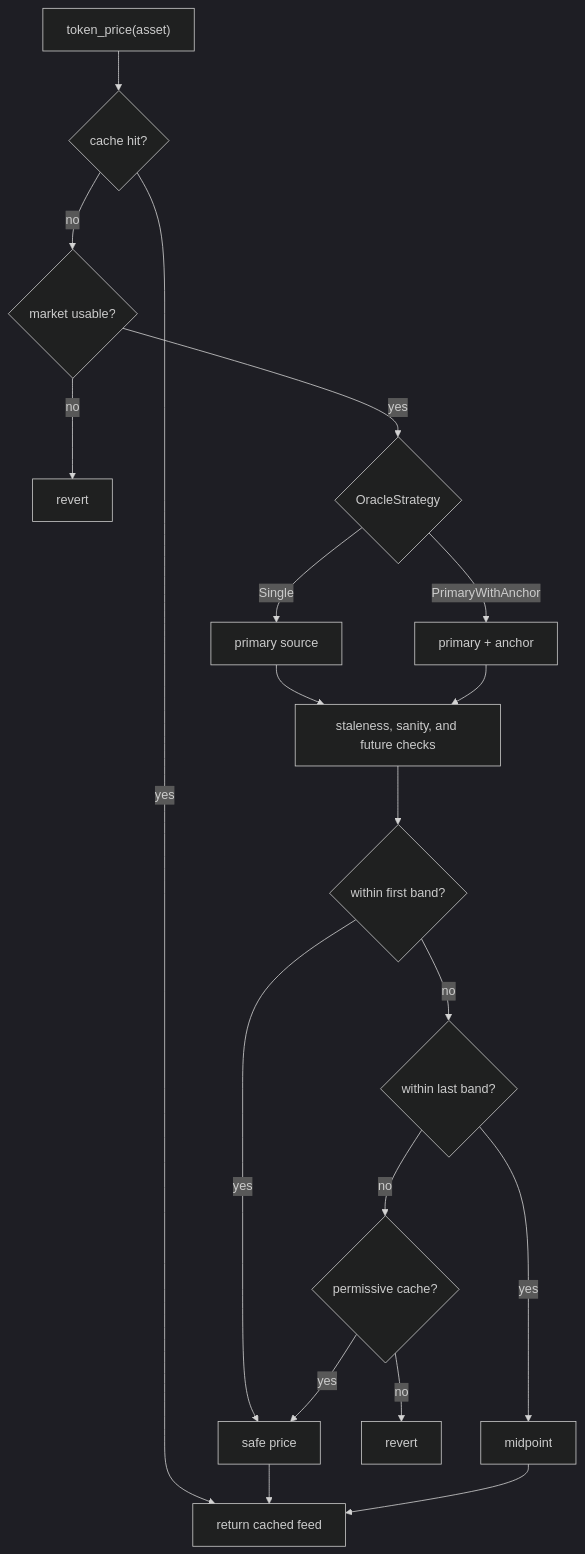
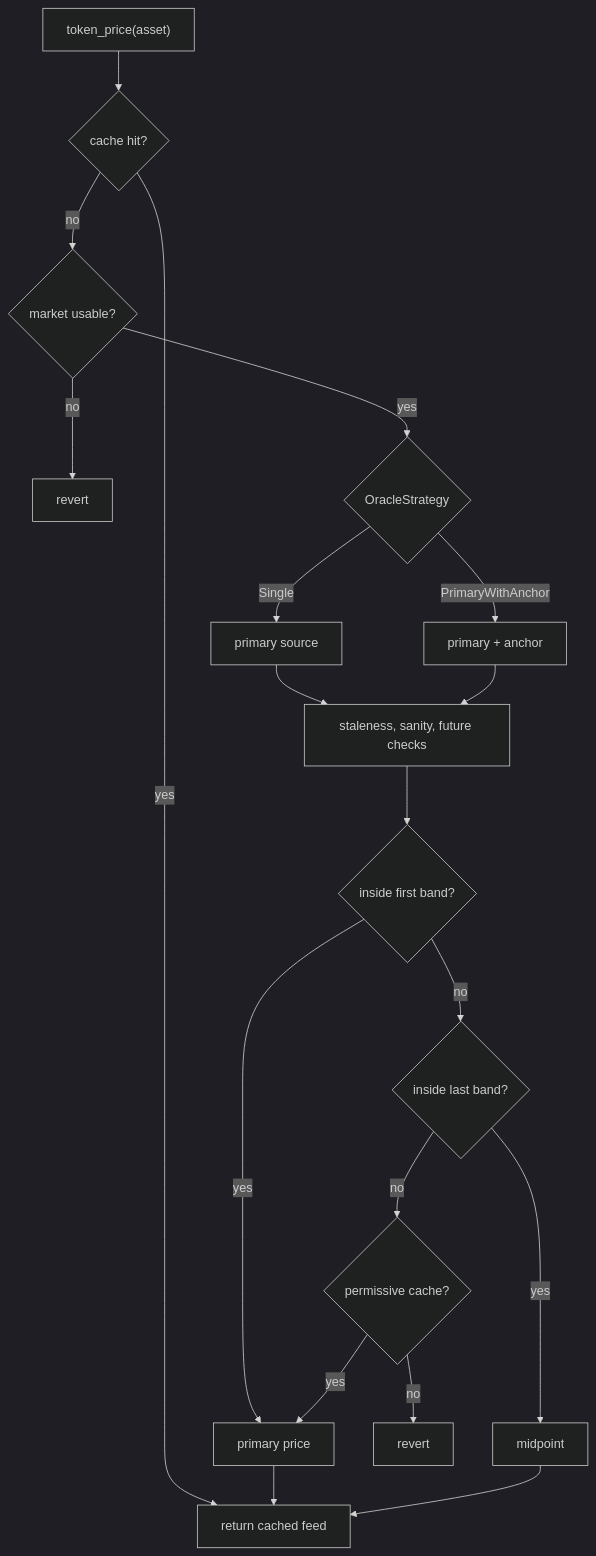
Before and after one commit to XOXNO/rs-lending-xlm: the third of 3 diagrams in architecture/INVARIANTS.md, drawn with Mermaid (dark theme). The commit also changed other lines of this file and 79 other files, not shown here.

````diff
--- a/architecture/INVARIANTS.md
+++ b/architecture/INVARIANTS.md
@@ -344,21 +312,21 @@
 ```mermaid
 flowchart TD
     A["token_price(asset)"] --> B{"cache hit?"}
     B -->|yes| Z["return cached feed"]
     B -->|no| C{"market usable?"}
     C -->|no| R1["revert"]
     C -->|yes| D{"OracleStrategy"}
     D -->|Single| S["primary source"]
     D -->|PrimaryWithAnchor| T["primary + anchor"]
-    S --> E["staleness, sanity, and future checks"]
+    S --> E["staleness, sanity, future checks"]
     T --> E
-    E --> F{"within first band?"}
-    F -->|yes| G["safe price"]
-    F -->|no| H{"within last band?"}
+    E --> F{"inside first band?"}
+    F -->|yes| G["primary price"]
+    F -->|no| H{"inside last band?"}
     H -->|yes| I["midpoint"]
     H -->|no| J{"permissive cache?"}
     J -->|yes| G
     J -->|no| R2["revert"]
     G --> Z
     I --> Z
 ```
````
